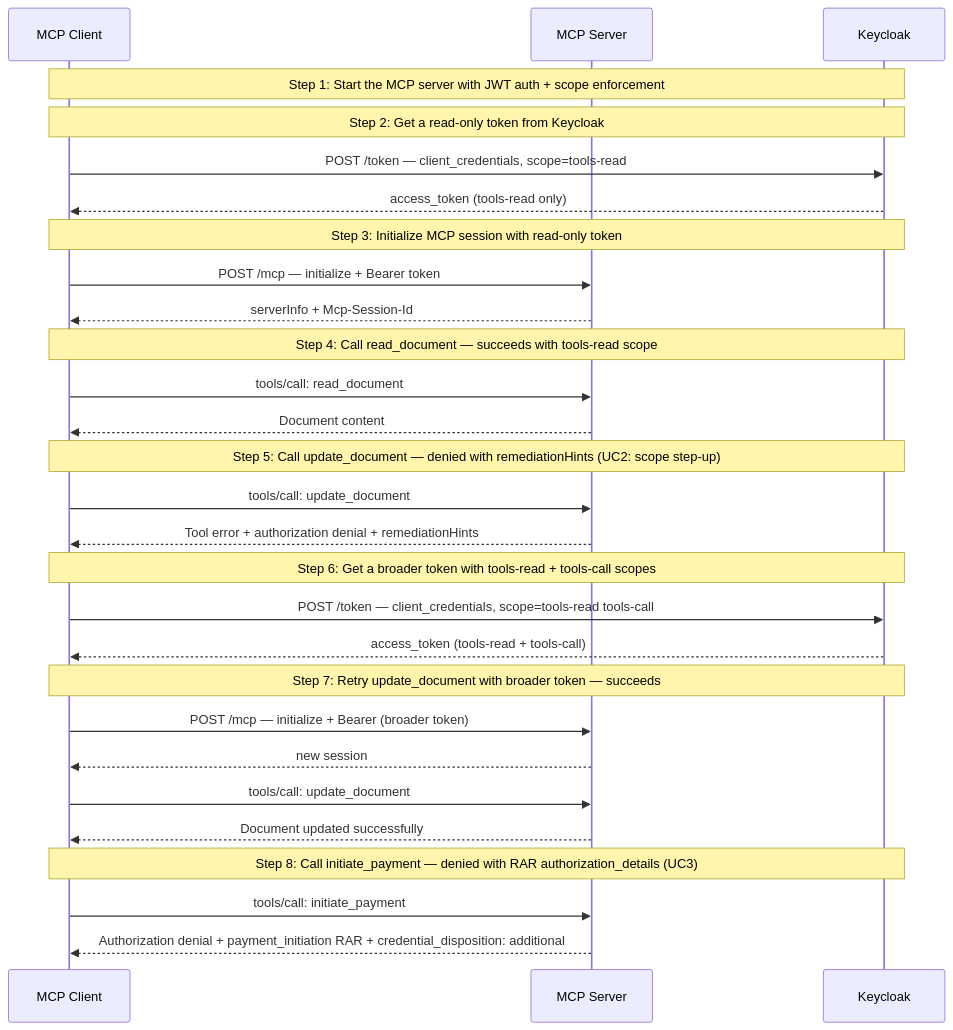
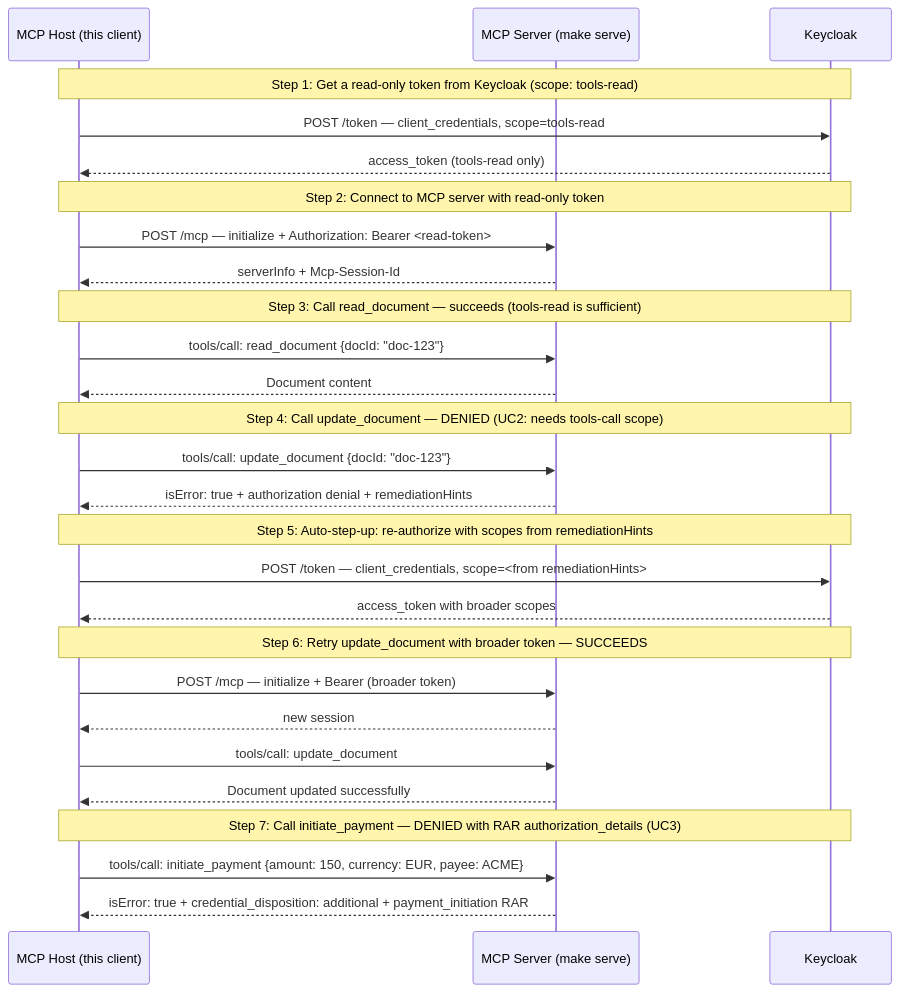
The diagram in examples/fine-grained-auth/README.md (panyam/mcpkit), drawn with Mermaid before and after one commit. The commit also changed other lines of this file and 2 other files, not shown here.

First line of the commit message:
feat(fine-grained-auth): parse remediationHints to drive step-up

````diff
--- a/examples/fine-grained-auth/README.md
+++ b/examples/fine-grained-auth/README.md
@@ -18,38 +17,36 @@
 ```mermaid
 sequenceDiagram
-    participant Client as MCP Client
-    participant Server as MCP Server
+    participant Host as MCP Host (this client)
+    participant Server as MCP Server (make serve)
     participant KC as Keycloak
 
-    Note over Client,KC: Step 1: Start the MCP server with JWT auth + scope enforcement
+    Note over Host,KC: Step 1: Get a read-only token from Keycloak (scope: tools-read)
+    Host->>KC: POST /token — client_credentials, scope=tools-read
+    KC-->>Host: access_token (tools-read only)
 
-    Note over Client,KC: Step 2: Get a read-only token from Keycloak
-    Client->>KC: POST /token — client_credentials, scope=tools-read
-    KC-->>Client: access_token (tools-read only)
+    Note over Host,KC: Step 2: Connect to MCP server with read-only token
+    Host->>Server: POST /mcp — initialize + Authorization: Bearer <read-token>
+    Server-->>Host: serverInfo + Mcp-Session-Id
 
-    Note over Client,KC: Step 3: Initialize MCP session with read-only token
-    Client->>Server: POST /mcp — initialize + Bearer token
-    Server-->>Client: serverInfo + Mcp-Session-Id
+    Note over Host,KC: Step 3: Call read_document — succeeds (tools-read is sufficient)
+    Host->>Server: tools/call: read_document {docId: "doc-123"}
+    Server-->>Host: Document content
 
-    Note over Client,KC: Step 4: Call read_document — succeeds with tools-read scope
-    Client->>Server: tools/call: read_document
-    Server-->>Client: Document content
+    Note over Host,KC: Step 4: Call update_document — DENIED (UC2: needs tools-call scope)
+    Host->>Server: tools/call: update_document {docId: "doc-123"}
+    Server-->>Host: isError: true + authorization denial + remediationHints
 
-    Note over Client,KC: Step 5: Call update_document — denied with remediationHints (UC2: scope step-up)
-    Client->>Server: tools/call: update_document
-    Server-->>Client: Tool error + authorization denial + remediationHints
+    Note over Host,KC: Step 5: Auto-step-up: re-authorize with scopes from remediationHints
+    Host->>KC: POST /token — client_credentials, scope=<from remediationHints>
+    KC-->>Host: access_token with broader scopes
 
-    Note over Client,KC: Step 6: Get a broader token with tools-read + tools-call scopes
-    Client->>KC: POST /token — client_credentials, scope=tools-read tools-call
-    KC-->>Client: access_token (tools-read + tools-call)
+    Note over Host,KC: Step 6: Retry update_document with broader token — SUCCEEDS
+    Host->>Server: POST /mcp — initialize + Bearer (broader token)
+    Server-->>Host: new session
+    Host->>Server: tools/call: update_document
+    Server-->>Host: Document updated successfully
 
-    Note over Client,KC: Step 7: Retry update_document with broader token — succeeds
-    Client->>Server: POST /mcp — initialize + Bearer (broader token)
-    Server-->>Client: new session
-    Client->>Server: tools/call: update_document
-    Server-->>Client: Document updated successfully
-
-    Note over Client,KC: Step 8: Call initiate_payment — denied with RAR authorization_details (UC3)
-    Client->>Server: tools/call: initiate_payment
-    Server-->>Client: Authorization denial + payment_initiation RAR + credential_disposition: additional
+    Note over Host,KC: Step 7: Call initiate_payment — DENIED with RAR authorization_details (UC3)
+    Host->>Server: tools/call: initiate_payment {amount: 150, currency: EUR, payee: ACME}
+    Server-->>Host: isError: true + credential_disposition: additional + payment_initiation RAR
 ```
````
